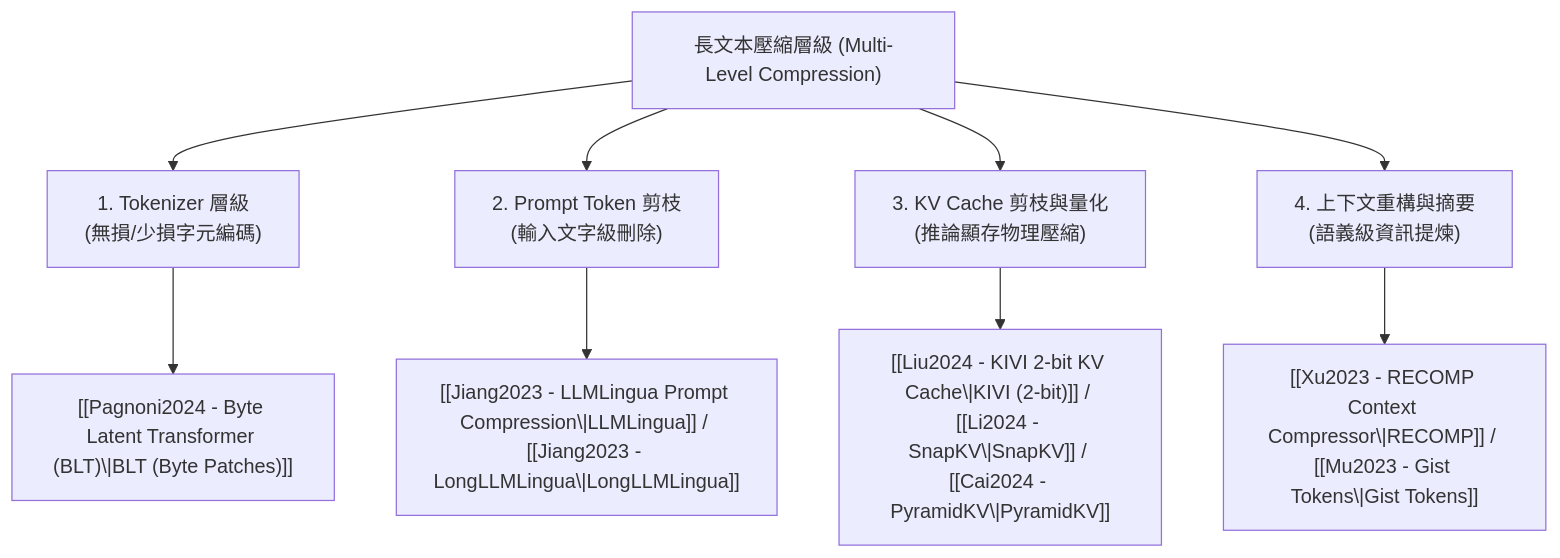
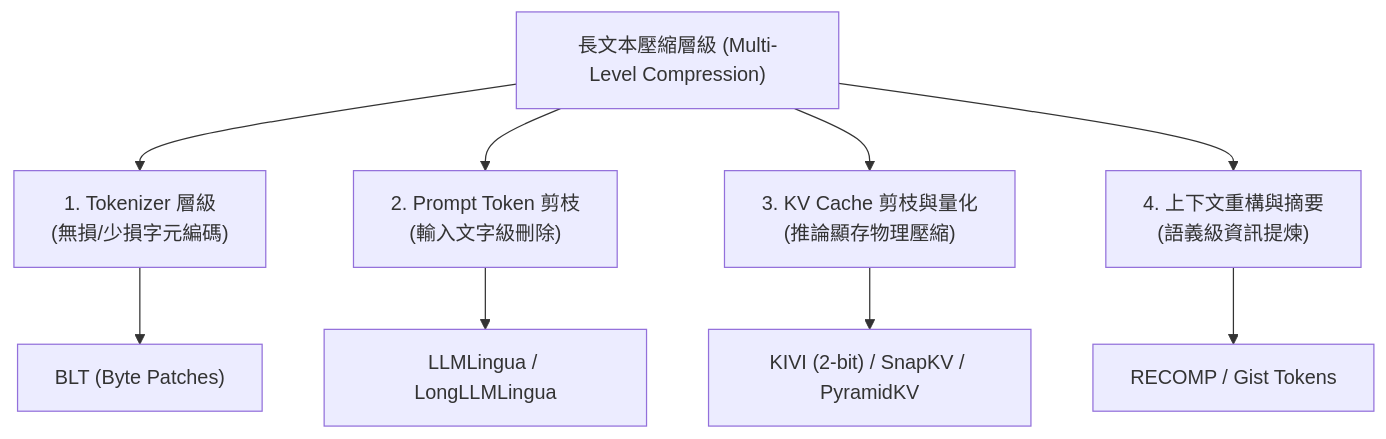
One commit to Cycl0n3-ga/RAG-survey changed the diagram in 02 - 研究領域專題 (Research Domains)/Domain 02 - 多層次壓縮技術 (Token, KV Cache, Context).md. Above: the diagram before and after it, drawn with Mermaid. The commit also changed other lines of this file and 16 other files, not shown here.

Commit message:
feat(rag): integrate GEC chunking rationale, UIE schema-guided extraction, and 5 primary papers (UIE, LumberChunker, Late Chunking, RAGAS, RAGChecker)

````diff
--- a/02 - 研究領域專題 (Research Domains)/Domain 02 - 多層次壓縮技術 (Token, KV Cache, Context).md
+++ b/02 - 研究領域專題 (Research Domains)/Domain 02 - 多層次壓縮技術 (Token, KV Cache, Context).md
@@ -18,13 +18,13 @@
 ```mermaid
 graph TD
     C["長文本壓縮層級 (Multi-Level Compression)"]
     C --> L1["1. Tokenizer 層級<br>(無損/少損字元編碼)"]
     C --> L2["2. Prompt Token 剪枝<br>(輸入文字級刪除)"]
     C --> L3["3. KV Cache 剪枝與量化<br>(推論顯存物理壓縮)"]
     C --> L4["4. 上下文重構與摘要<br>(語義級資訊提煉)"]
 
-    L1 --> P1["[[Pagnoni2024 - Byte Latent Transformer (BLT)\|BLT (Byte Patches)]]"]
-    L2 --> P2["[[Jiang2023 - LLMLingua Prompt Compression\|LLMLingua]] / [[Jiang2023 - LongLLMLingua\|LongLLMLingua]]"]
-    L3 --> P3["[[Liu2024 - KIVI 2-bit KV Cache\|KIVI (2-bit)]] / [[Li2024 - SnapKV\|SnapKV]] / [[Cai2024 - PyramidKV\|PyramidKV]]"]
-    L4 --> P4["[[Xu2023 - RECOMP Context Compressor\|RECOMP]] / [[Mu2023 - Gist Tokens\|Gist Tokens]]"]
+    L1 --> P1["BLT (Byte Patches)"]
+    L2 --> P2["LLMLingua / LongLLMLingua"]
+    L3 --> P3["KIVI (2-bit) / SnapKV / PyramidKV"]
+    L4 --> P4["RECOMP / Gist Tokens"]
 ```
````
